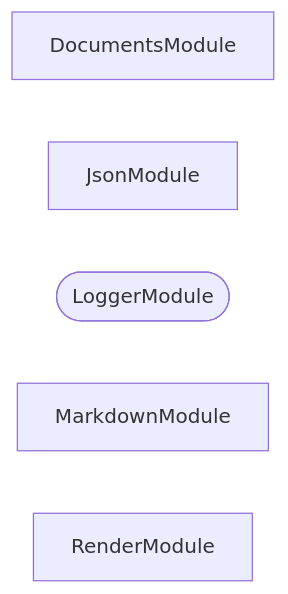
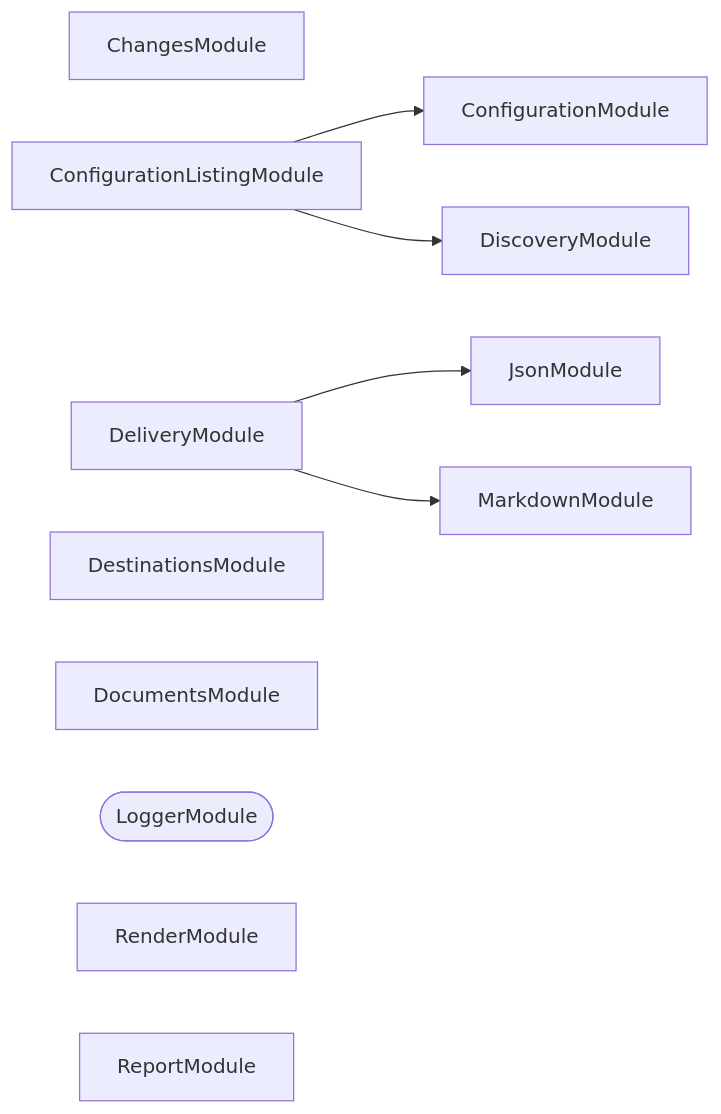
One commit to JimmyPaolini/codebase changed the second of 3 diagrams in packages/ic-suite/codometer/codometer-output/README.md. Above: the diagram before and after it, drawn with Mermaid. The commit also changed other lines of this file and 268 other files, not shown here.

````diff
--- a/packages/ic-suite/codometer/codometer-output/README.md
+++ b/packages/ic-suite/codometer/codometer-output/README.md
@@ -140,8 +184,19 @@
 ```mermaid
 flowchart LR
+  ChangesModule
+  ConfigurationListingModule
+  ConfigurationModule
+  DeliveryModule
+  DestinationsModule
+  DiscoveryModule
   DocumentsModule
   JsonModule
   LoggerModule([LoggerModule])
   MarkdownModule
   RenderModule
+  ReportModule
+  ConfigurationListingModule --> ConfigurationModule
+  ConfigurationListingModule --> DiscoveryModule
+  DeliveryModule --> JsonModule
+  DeliveryModule --> MarkdownModule
 ```
````
